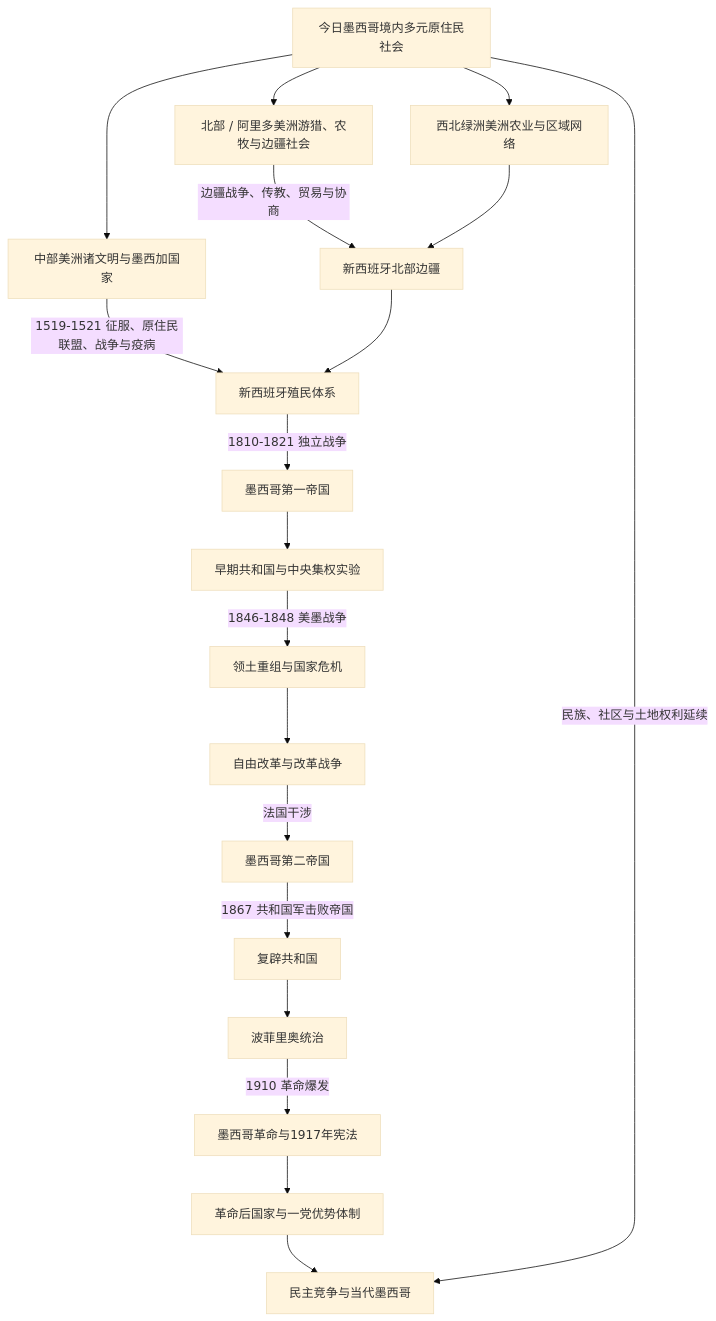
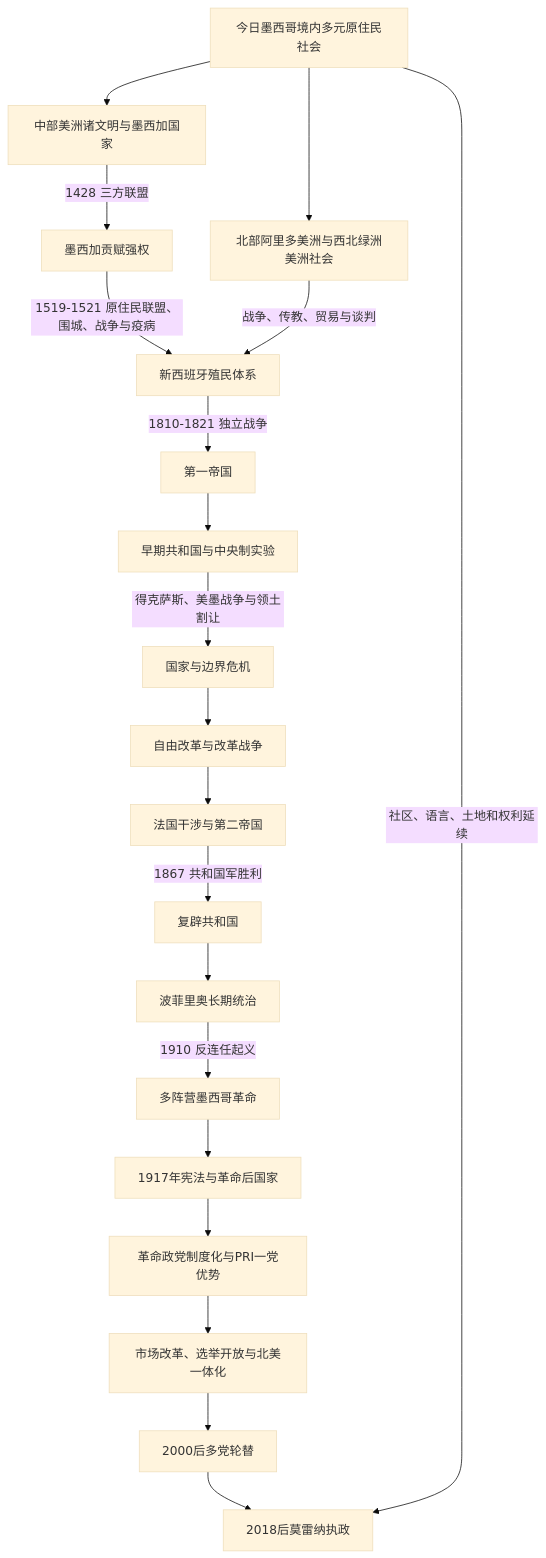
Before and after one commit to tianlan-dev/learning-notes: the diagram in 人文科学/历史/美洲/北美/墨西哥/README.md, drawn with Mermaid (base theme). The commit also changed other lines of this file and 1417 other files, not shown here.

````diff
--- a/人文科学/历史/美洲/北美/墨西哥/README.md
+++ b/人文科学/历史/美洲/北美/墨西哥/README.md
@@ -16,22 +15,22 @@
 ```mermaid
 flowchart TD
-    Indigenous["今日墨西哥境内多元原住民社会"]
-    Indigenous --> Mesoamerica["中部美洲诸文明与墨西加国家"]
-    Indigenous --> Aridoamerica["北部 / 阿里多美洲游猎、农牧与边疆社会"]
-    Indigenous --> Oasisamerica["西北绿洲美洲农业与区域网络"]
-    Mesoamerica -->|1519-1521 征服、原住民联盟、战争与疫病| NewSpain["新西班牙殖民体系"]
-    Aridoamerica -->|边疆战争、传教、贸易与协商| NorthernFrontier["新西班牙北部边疆"]
-    Oasisamerica --> NorthernFrontier
-    NorthernFrontier --> NewSpain
-    NewSpain -->|1810-1821 独立战争| FirstEmpire["墨西哥第一帝国"]
-    FirstEmpire --> EarlyRepublic["早期共和国与中央集权实验"]
-    EarlyRepublic -->|1846-1848 美墨战争| TerritorialLoss["领土重组与国家危机"]
-    TerritorialLoss --> Reform["自由改革与改革战争"]
-    Reform -->|法国干涉| SecondEmpire["墨西哥第二帝国"]
-    SecondEmpire -->|1867 共和国军击败帝国| Restored["复辟共和国"]
-    Restored --> Porfiriato["波菲里奥统治"]
-    Porfiriato -->|1910 革命爆发| Revolution["墨西哥革命与1917年宪法"]
-    Revolution --> PostRevolution["革命后国家与一党优势体制"]
-    PostRevolution --> Contemporary["民主竞争与当代墨西哥"]
-    Indigenous -->|民族、社区与土地权利延续| Contemporary
+    Indigenous["今日墨西哥境内多元原住民社会"] --> Mesoamerica["中部美洲诸文明与墨西加国家"]
+    Indigenous --> North["北部阿里多美洲与西北绿洲美洲社会"]
+    Mesoamerica -->|1428 三方联盟| Mexica["墨西加贡赋强权"]
+    Mexica -->|1519-1521 原住民联盟、围城、战争与疫病| NewSpain["新西班牙殖民体系"]
+    North -->|战争、传教、贸易与谈判| NewSpain
+    NewSpain -->|1810-1821 独立战争| Empire1["第一帝国"]
+    Empire1 --> Republic["早期共和国与中央制实验"]
+    Republic -->|得克萨斯、美墨战争与领土割让| Crisis["国家与边界危机"]
+    Crisis --> Reform["自由改革与改革战争"]
+    Reform --> Intervention["法国干涉与第二帝国"]
+    Intervention -->|1867 共和国军胜利| Restored["复辟共和国"]
+    Restored --> Porfiriato["波菲里奥长期统治"]
+    Porfiriato -->|1910 反连任起义| Revolution["多阵营墨西哥革命"]
+    Revolution --> Constitution["1917年宪法与革命后国家"]
+    Constitution --> PRI["革命政党制度化与PRI一党优势"]
+    PRI --> Opening["市场改革、选举开放与北美一体化"]
+    Opening --> Alternation["2000后多党轮替"]
+    Alternation --> Morena["2018后莫雷纳执政"]
+    Indigenous -->|社区、语言、土地和权利延续| Morena
 ```
````
